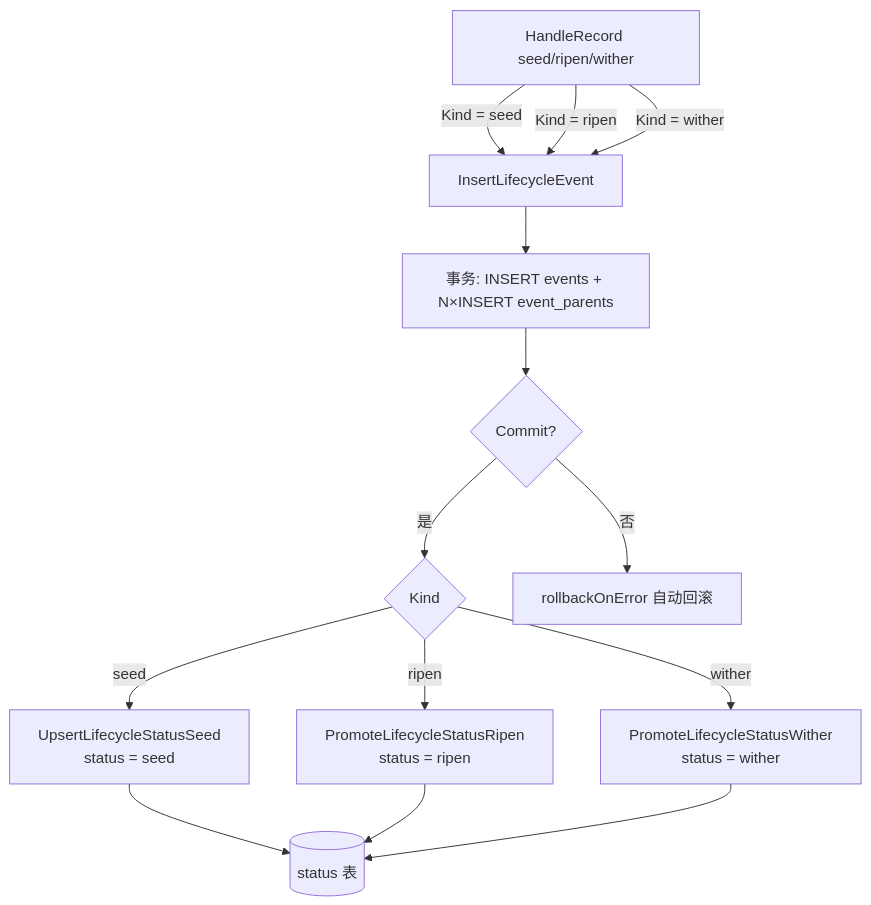
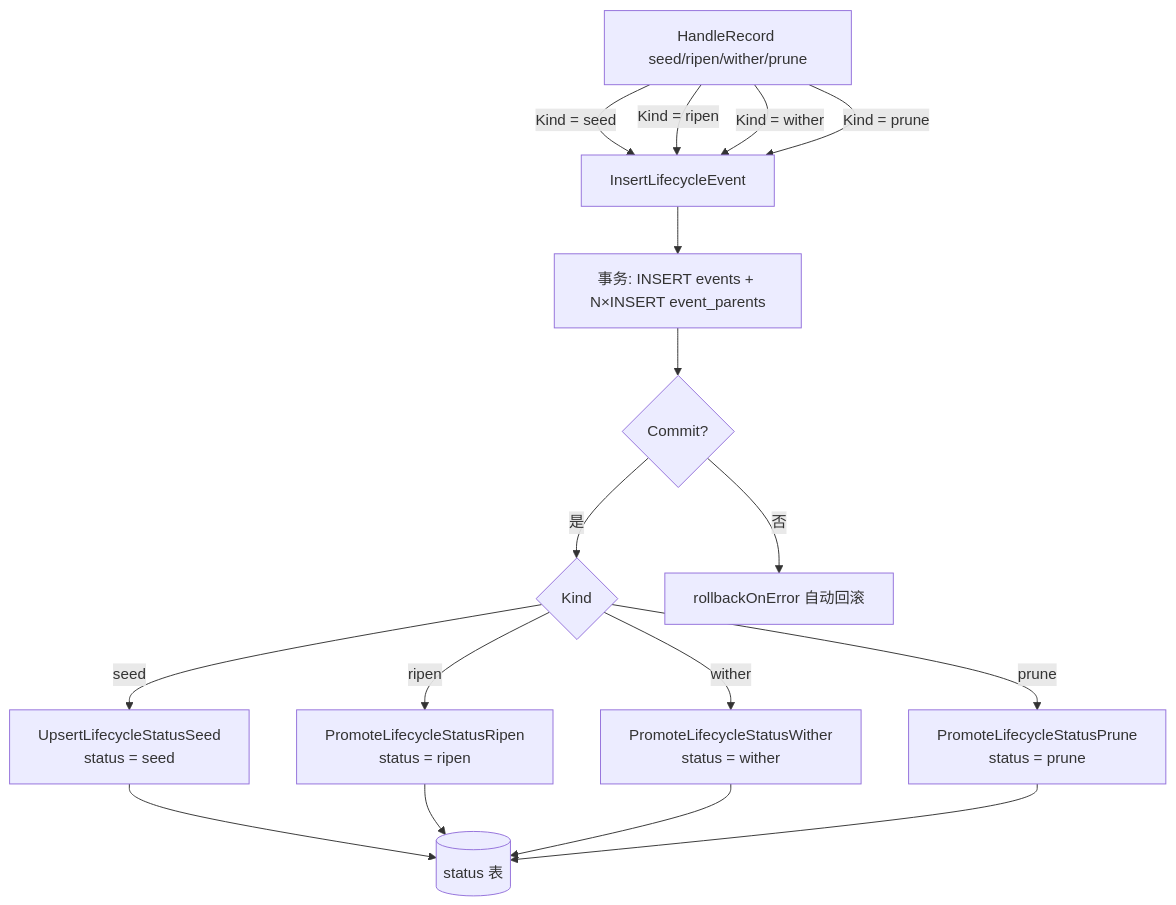
One commit to Mr-xiaotian/CelestialGrow changed the first of 2 diagrams in docs/zh-CN/pkg/persist/sqlite.md. Above: the diagram before and after it, drawn with Mermaid. The commit also changed other lines of this file and 12 other files, not shown here.

````diff
--- a/docs/zh-CN/pkg/persist/sqlite.md
+++ b/docs/zh-CN/pkg/persist/sqlite.md
@@ -203,16 +205,19 @@
 ```mermaid
 flowchart TD
-    A["HandleRecord seed/ripen/wither"] -->|Kind = seed| B[InsertLifecycleEvent]
+    A["HandleRecord seed/ripen/wither/prune"] -->|Kind = seed| B[InsertLifecycleEvent]
     A -->|Kind = ripen| B
     A -->|Kind = wither| B
+    A -->|Kind = prune| B
     B --> C["事务: INSERT events + N×INSERT event_parents"]
     C --> D{Commit?}
     D -->|是| E{Kind}
     E -->|seed| F1[UpsertLifecycleStatusSeed<br/>status = seed]
     E -->|ripen| F2[PromoteLifecycleStatusRipen<br/>status = ripen]
     E -->|wither| F3[PromoteLifecycleStatusWither<br/>status = wither]
+    E -->|prune| F4[PromoteLifecycleStatusPrune<br/>status = prune]
     D -->|否| F[rollbackOnError 自动回滚]
     F1 --> G[(status 表)]
     F2 --> G
     F3 --> G
+    F4 --> G
 ```
````
